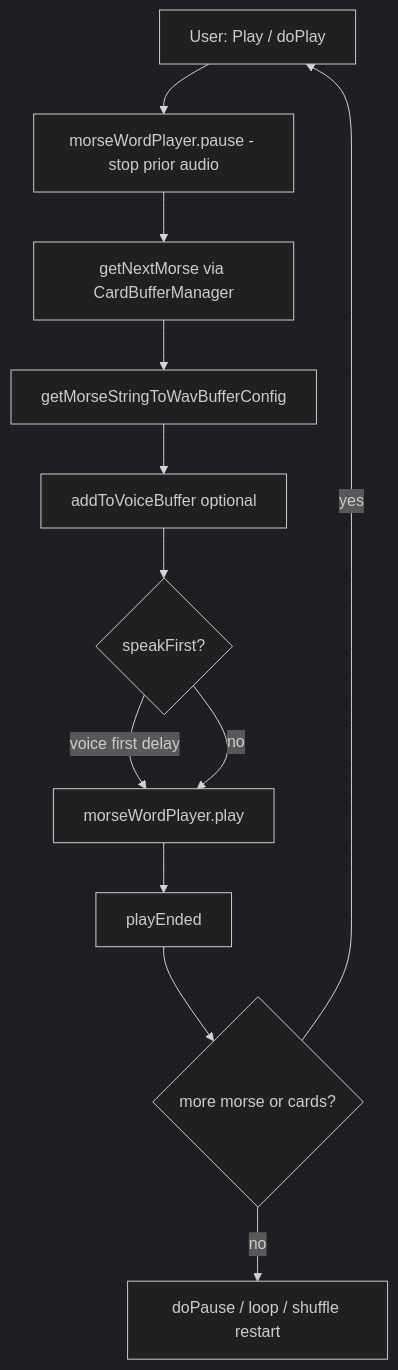
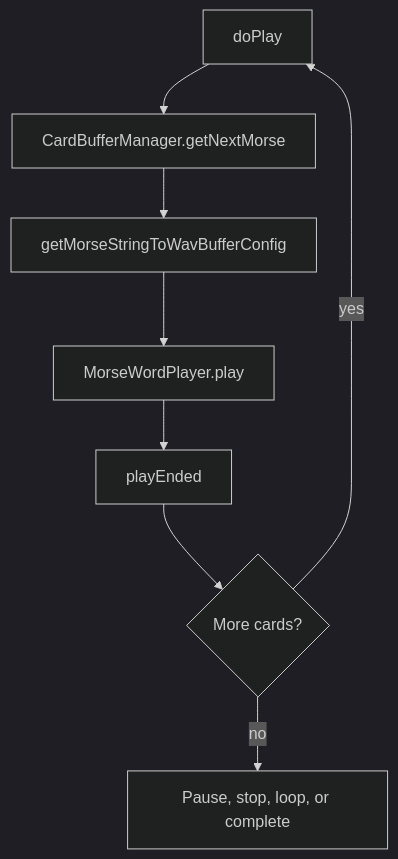
One commit to LongIslandCW/morsebrowser changed the fourth of 4 diagrams in docs/DEVELOPER_GUIDE.md. Above: the diagram before and after it, drawn with Mermaid (dark theme). The commit also changed other lines of this file and 14 other files, not shown here.

Commit message:
Enhance playback controls with keyboard shortcuts for play, pause, and stop functionality. Update the MorseViewModel to manage playback state and focus behavior. Adjust tests to validate new shortcut interactions and ensure consistent playback control visibility.

````diff
--- a/docs/DEVELOPER_GUIDE.md
+++ b/docs/DEVELOPER_GUIDE.md
@@ -529,20 +182,14 @@
 ```mermaid
 flowchart TD
-  PLAY[User: Play / doPlay]
-  PAUSE_PREV[morseWordPlayer.pause - stop prior audio]
-  NEXT[getNextMorse via CardBufferManager]
+  PLAY[doPlay]
+  NEXT[CardBufferManager.getNextMorse]
   CFG[getMorseStringToWavBufferConfig]
-  VBUF[addToVoiceBuffer optional]
-  SPEAK_FIRST{speakFirst?}
-  MW_PLAY[morseWordPlayer.play]
-  ENDED[playEnded]
-  MORE{more morse or cards?}
-  STOP[doPause / loop / shuffle restart]
+  AUDIO[MorseWordPlayer.play]
+  END[playEnded]
+  MORE{More cards?}
+  STOP[Pause, stop, loop, or complete]
 
-  PLAY --> PAUSE_PREV --> NEXT --> CFG --> VBUF --> SPEAK_FIRST
-  SPEAK_FIRST -->|voice first delay| MW_PLAY
-  SPEAK_FIRST -->|no| MW_PLAY
-  MW_PLAY --> ENDED --> MORE
+  PLAY --> NEXT --> CFG --> AUDIO --> END --> MORE
   MORE -->|yes| PLAY
   MORE -->|no| STOP
 ```
````
